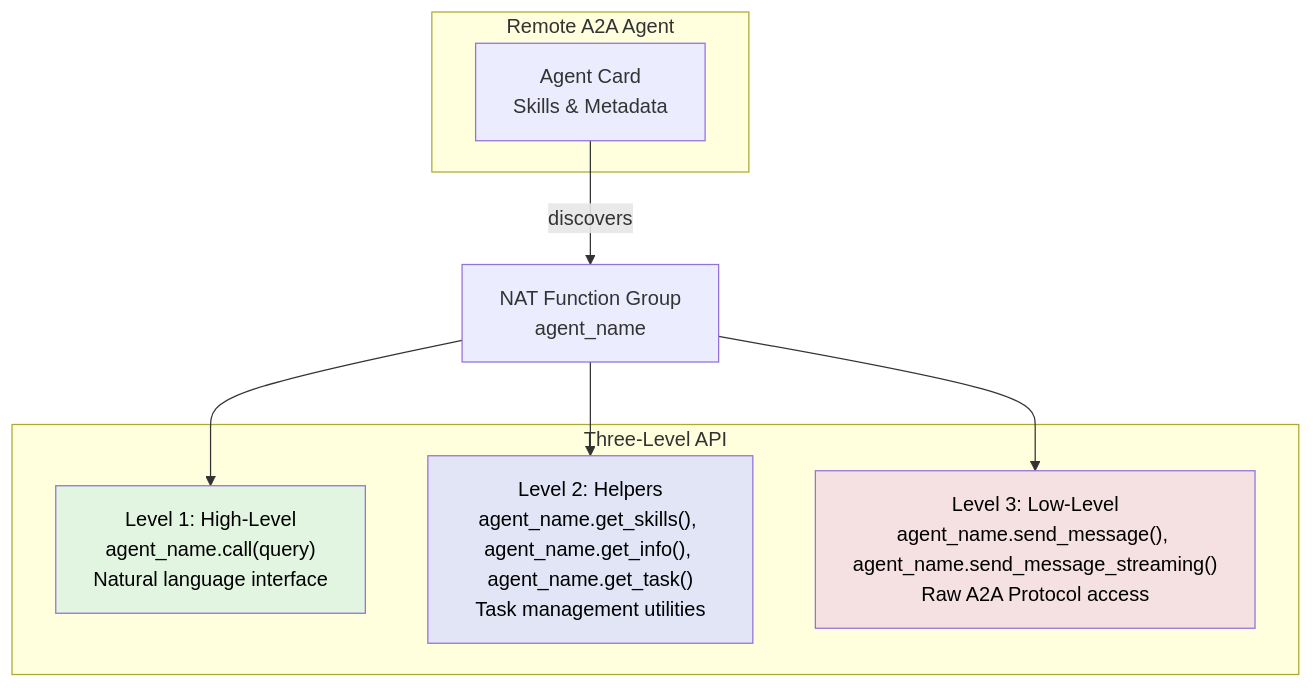
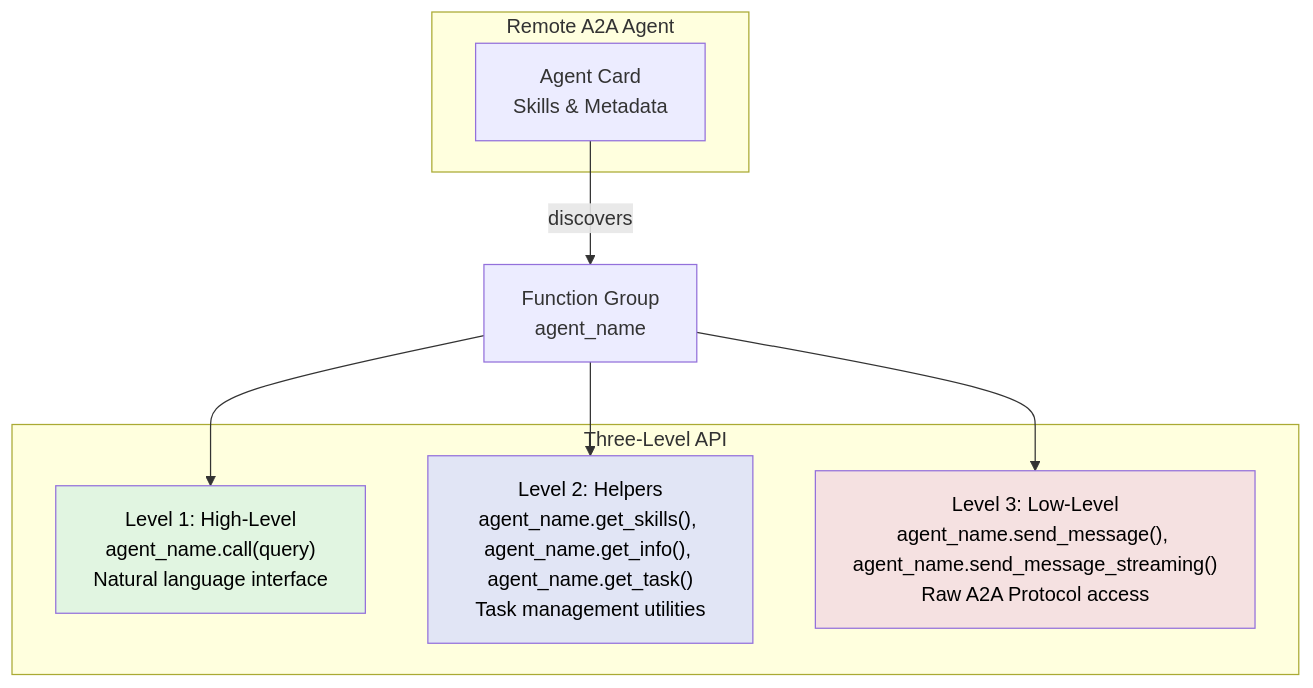
One commit to yifei-gpt/NeMo-Agent-Toolkit changed the first of 2 diagrams in docs/source/build-workflows/a2a-client.md. Above: the diagram before and after it, drawn with Mermaid. The commit also changed other lines of this file and 110 other files, not shown here.

````diff
--- a/docs/source/build-workflows/a2a-client.md
+++ b/docs/source/build-workflows/a2a-client.md
@@ -117,22 +117,22 @@
 ```mermaid
 flowchart TB
     subgraph "Remote A2A Agent"
         AC[Agent Card<br/>Skills & Metadata]
     end
 
-    AC -->|discovers| FG[NAT Function Group<br/>agent_name]
+    AC -->|discovers| FG[Function Group<br/>agent_name]
 
     subgraph "Three-Level API"
         L1["Level 1: High-Level<br/>agent_name.call(query)<br/>Natural language interface"]
         L2["Level 2: Helpers<br/>agent_name.get_skills(), agent_name.get_info(), agent_name.get_task()<br/>Task management utilities"]
         L3["Level 3: Low-Level<br/>agent_name.send_message(), agent_name.send_message_streaming()<br/>Raw A2A Protocol access"]
     end
 
     FG --> L1
     FG --> L2
     FG --> L3
 
     style L1 fill:#e1f5e1,color:#000
     style L2 fill:#e1e5f5,color:#000
     style L3 fill:#f5e1e1,color:#000
 ```
````
